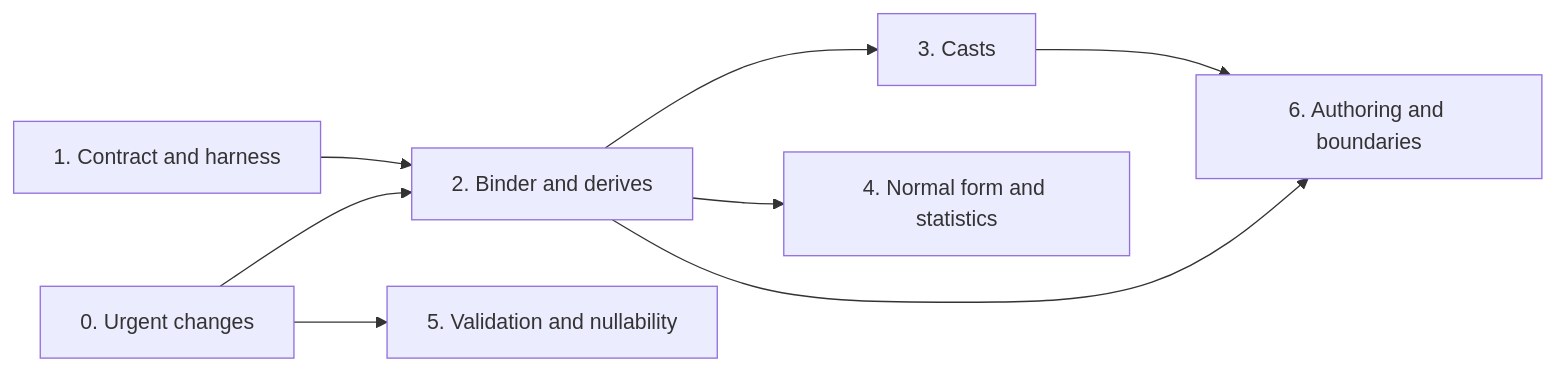
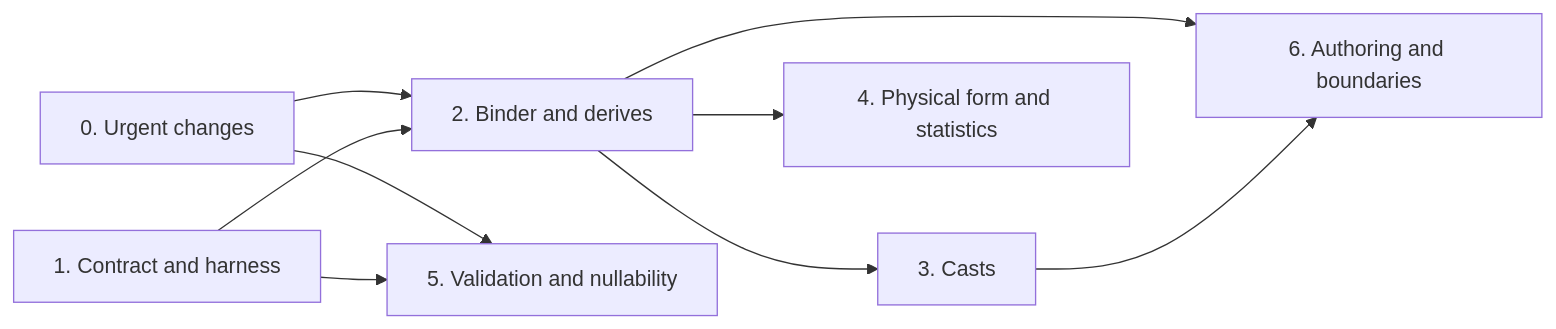
The diagram in research/extension-types/05-implementation.md (vortex-data/vortex), drawn with Mermaid before and after one commit. The commit also changed other lines of this file and 12 other files, not shown here.

````diff
--- a/research/extension-types/05-implementation.md
+++ b/research/extension-types/05-implementation.md
@@ -20,10 +20,11 @@
 ```mermaid
 flowchart LR
     P0["0. Urgent changes"] --> P2["2. Binder and derives"]
     P1["1. Contract and harness"] --> P2
     P2 --> P3["3. Casts"]
-    P2 --> P4["4. Normal form and statistics"]
+    P2 --> P4["4. Physical form and statistics"]
     P0 --> P5["5. Validation and nullability"]
+    P1 --> P5
     P2 --> P6["6. Authoring and boundaries"]
     P3 --> P6
 ```
````
